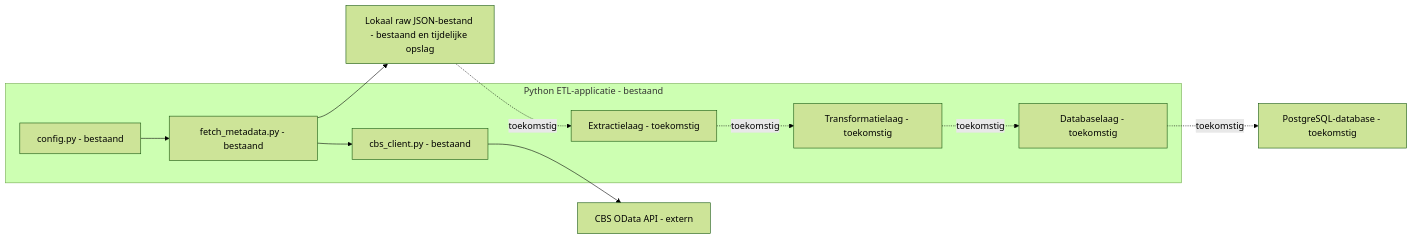
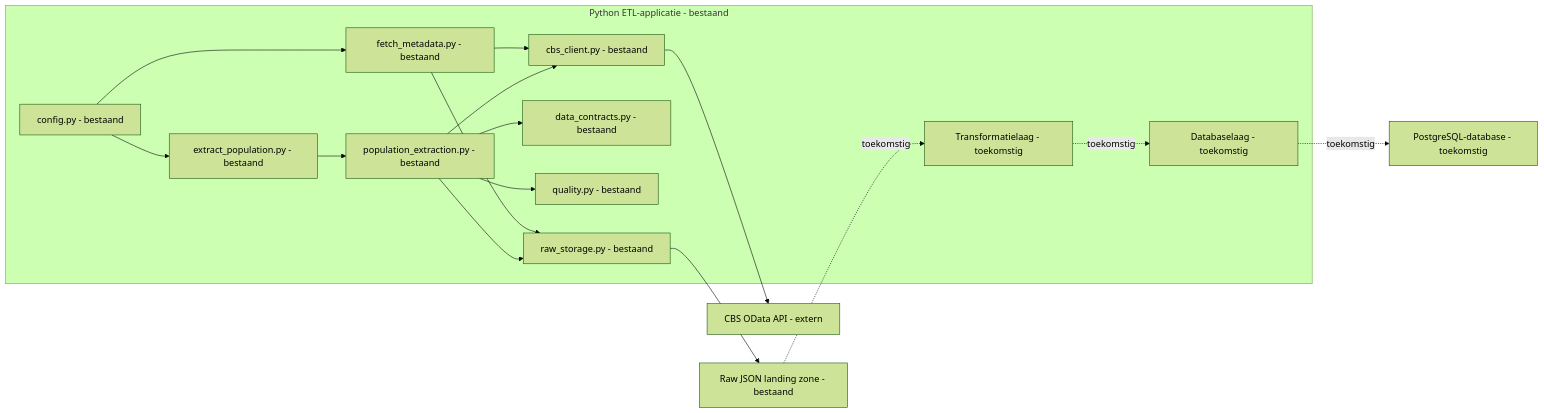
One commit to salahooo/gemeente-data-platform changed the third of 4 diagrams in docs/architecture.md. Above: the diagram before and after it, drawn with Mermaid (forest theme). The commit also changed other lines of this file and 15 other files, not shown here.

Commit message:
feat: add validated CBS population extraction

````diff
--- a/docs/architecture.md
+++ b/docs/architecture.md
@@ -55,24 +44,34 @@
 ```mermaid
 flowchart LR
     subgraph app[Python ETL-applicatie - bestaand]
         config[config.py - bestaand]
-        runner[fetch_metadata.py - bestaand]
+        metadata[fetch_metadata.py - bestaand]
+        command[extract_population.py - bestaand]
+        extraction[population_extraction.py - bestaand]
         client[cbs_client.py - bestaand]
-        extract[Extractielaag - toekomstig]
+        contracts[data_contracts.py - bestaand]
+        quality[quality.py - bestaand]
+        storage[raw_storage.py - bestaand]
         transform[Transformatielaag - toekomstig]
         database[Databaselaag - toekomstig]
     end
 
     cbs[CBS OData API - extern]
-    raw[Lokaal raw JSON-bestand - bestaand en tijdelijke opslag]
+    raw[Raw JSON landing zone - bestaand]
     postgres[PostgreSQL-database - toekomstig]
 
-    config --> runner
-    runner --> client
+    config --> metadata
+    config --> command
+    metadata --> client
+    metadata --> storage
+    command --> extraction
+    extraction --> client
+    extraction --> contracts
+    extraction --> quality
+    extraction --> storage
     client --> cbs
-    runner --> raw
-    raw -. toekomstig .-> extract
-    extract -. toekomstig .-> transform
+    storage --> raw
+    raw -. toekomstig .-> transform
     transform -. toekomstig .-> database
     database -. toekomstig .-> postgres
 ```
````
